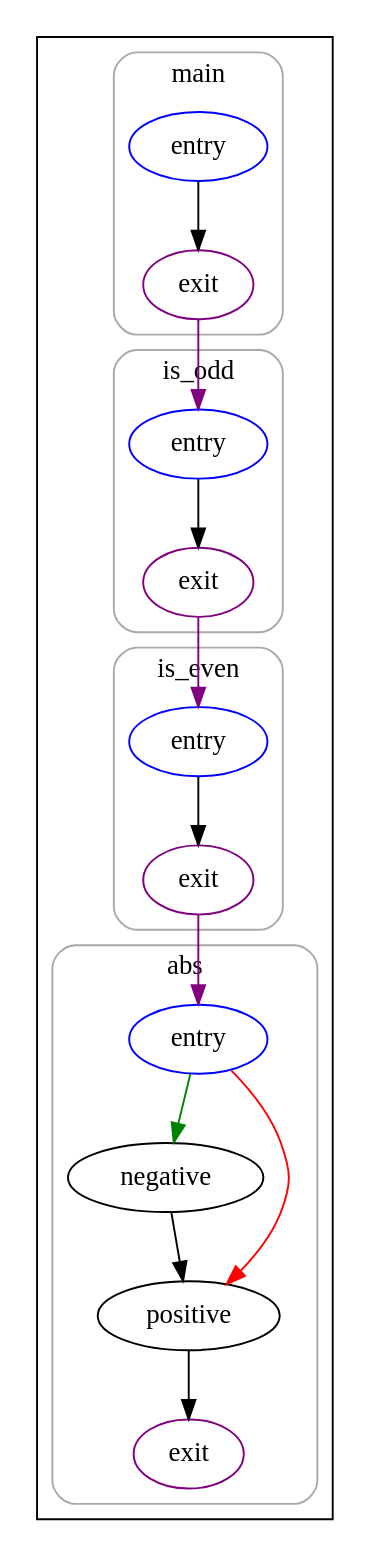
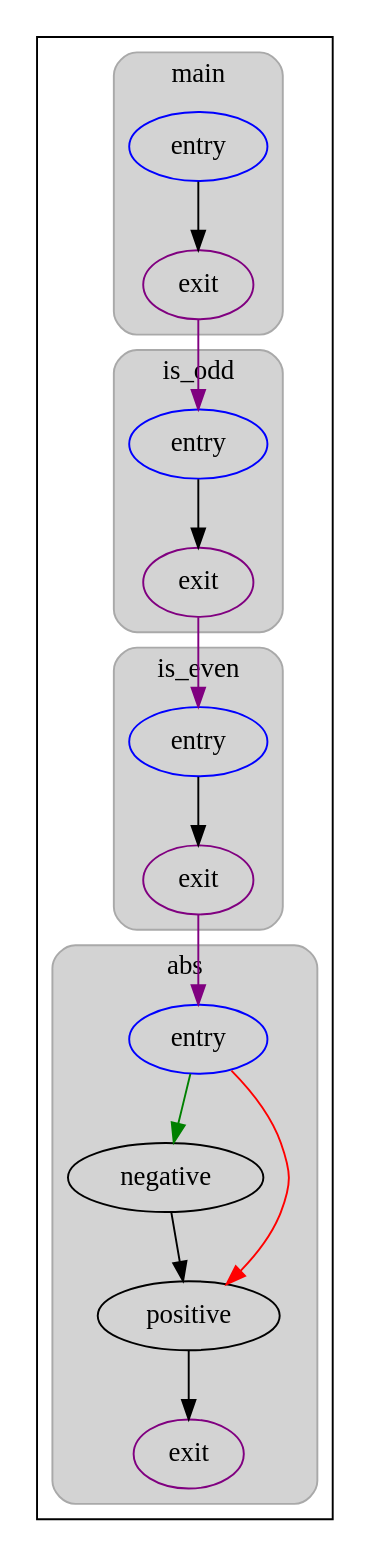
The diagram in playground/logicless-iseven.cfg.dot (UnsignedByte/6120), drawn with Graphviz before and after one commit. The commit also changed 29 other files, not shown here.

```diff
--- a/playground/logicless-iseven.cfg.dot
+++ b/playground/logicless-iseven.cfg.dot
@@ -1,49 +1,49 @@
 strict digraph G {
   compound=true
   subgraph cluster_0 {
     subgraph cluster_0_0 {
       label="main"
       color=darkgray
       style=rounded
-      fillcolor=lightgray
+      bgcolor=lightgray
       cluster_0_0_0[label="entry",shape=oval,color=blue,rank=source]
       cluster_0_0_exit[label=exit,color=purple,rank=sink]
       cluster_0_0_0 -> cluster_0_0_exit [color=black]
     }
     subgraph cluster_0_1 {
       label="abs"
       color=darkgray
       style=rounded
-      fillcolor=lightgray
+      bgcolor=lightgray
       cluster_0_1_0[label="entry",shape=oval,color=blue,rank=source]
       cluster_0_1_1[label="negative",shape=oval]
       cluster_0_1_2[label="positive",shape=oval]
       cluster_0_1_exit[label=exit,color=purple,rank=sink]
       cluster_0_1_0 -> cluster_0_1_1 [color=green]
       cluster_0_1_0 -> cluster_0_1_2 [color=red]
       cluster_0_1_1 -> cluster_0_1_2
       cluster_0_1_2 -> cluster_0_1_exit [color=black]
     }
     subgraph cluster_0_2 {
       label="is_even"
       color=darkgray
       style=rounded
-      fillcolor=lightgray
+      bgcolor=lightgray
       cluster_0_2_0[label="entry",shape=oval,color=blue,rank=source]
       cluster_0_2_exit[label=exit,color=purple,rank=sink]
       cluster_0_2_0 -> cluster_0_2_exit [color=black]
     }
     subgraph cluster_0_3 {
       label="is_odd"
       color=darkgray
       style=rounded
-      fillcolor=lightgray
+      bgcolor=lightgray
       cluster_0_3_0[label="entry",shape=oval,color=blue,rank=source]
       cluster_0_3_exit[label=exit,color=purple,rank=sink]
       cluster_0_3_0 -> cluster_0_3_exit [color=black]
     }
     cluster_0_0_exit -> cluster_0_3_0 [color=purple]
     cluster_0_2_exit -> cluster_0_1_0 [color=purple]
     cluster_0_3_exit -> cluster_0_2_0 [color=purple]
   }
 }
```
